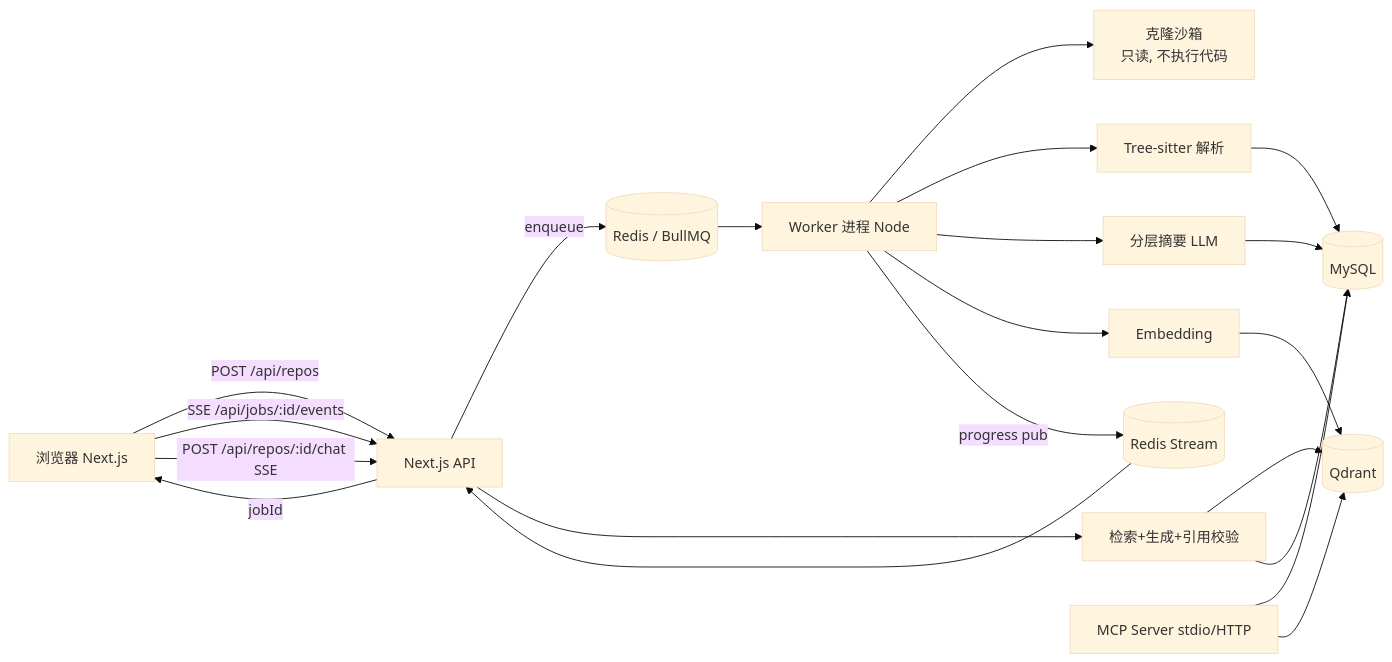
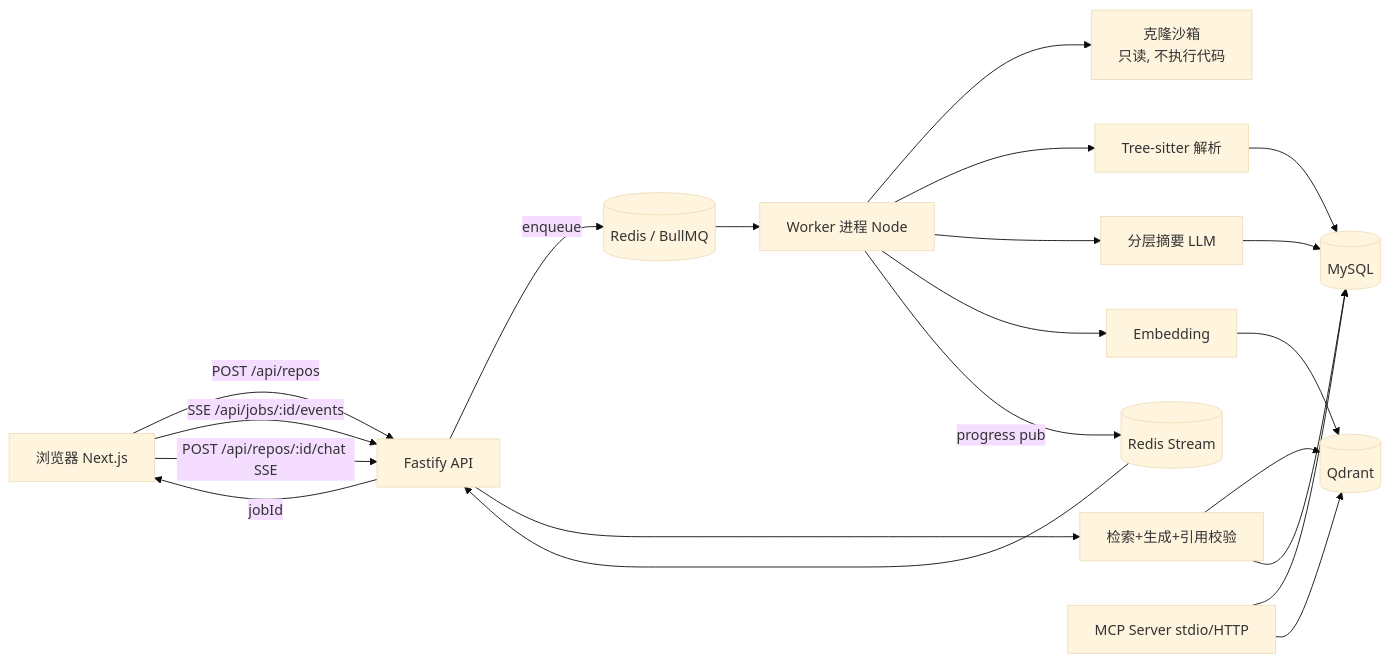
Before and after one commit to Akarin7784/repo-lens: the first of 3 diagrams in docs/BACKEND_AI_DESIGN.md, drawn with Mermaid (base theme). The commit also changed other lines of this file, not shown here.

Commit message:
docs: align backend design with module/dir/file graph, edge kind and srcFileId

````diff
--- a/docs/BACKEND_AI_DESIGN.md
+++ b/docs/BACKEND_AI_DESIGN.md
@@ -10,19 +10,19 @@
 ```mermaid
 flowchart LR
-  U[浏览器 Next.js] -- POST /api/repos --> API[Next.js API]
+  U[浏览器 Next.js] -- POST /api/repos --> API[Fastify API]
   API -- jobId --> U
   U -- SSE /api/jobs/:id/events --> API
   API -- enqueue --> Q[(Redis / BullMQ)]
   Q --> W[Worker 进程 Node]
   W --> C[克隆沙箱<br/>只读, 不执行代码]
   W --> P[Tree-sitter 解析]
   W --> S[分层摘要 LLM]
   W --> E[Embedding]
   P & S --> M[(MySQL)]
   E --> V[(Qdrant)]
   W -- progress pub --> R[(Redis Stream)]
   R --> API
   U -- POST /api/repos/:id/chat SSE --> API
   API --> RAG[检索+生成+引用校验] --> V & M
   MCP[MCP Server stdio/HTTP] --> M & V
 ```
````
